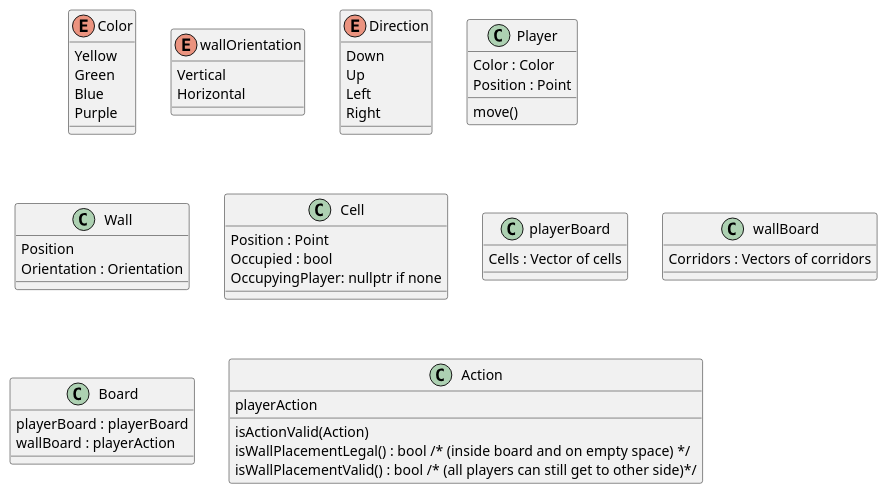
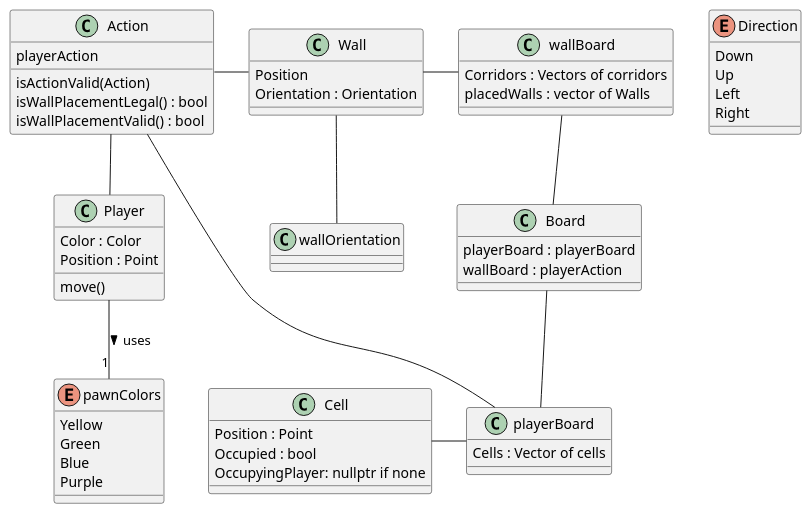
One commit to fnieri/Quoridor changed the diagram in UML_Diagrams/GameDiagrams.pu. Above: the diagram before and after it, drawn with PlantUML.

Commit message:
work on uml diagrams

```diff
--- a/UML_Diagrams/GameDiagrams.pu
+++ b/UML_Diagrams/GameDiagrams.pu
@@ -1,73 +1,91 @@
 @startuml GameDiagrams
 
-enum Color {
+enum pawnColors {
     'Fields
         Yellow
         Green
         Blue
         Purple
 }
 
+
+/' Class is useless I think
 enum wallOrientation {
     'Fields
         Vertical
         Horizontal
+    
 }
+'/
+
 
 enum Direction {
     'Fields
         Down
         Up
         Left
         Right
 }
 
 class Player{
     'Fields
         Color : Color
         Position : Point
     'Methods
         move()
     
 }
 class Wall{
     'Fields
         Position
         Orientation : Orientation
     'Methods
 }
 
 class Cell{
     'Fields
         Position : Point
         Occupied : bool
         OccupyingPlayer: nullptr if none
 }
 
 class playerBoard {
     'Fields
         Cells : Vector of cells   
 } 
 
 class wallBoard {
     'Fields
         Corridors : Vectors of corridors
+        placedWalls : vector of Walls
 }
 
 class Board{
     'Fields
         playerBoard : playerBoard
         wallBoard : playerAction
 }
 
 class Action  {
     'Fields
         playerAction
     'Methods
         isActionValid(Action)  
-        isWallPlacementLegal() : bool /* (inside board and on empty space) */
-        isWallPlacementValid() : bool /* (all players can still get to other side)*/
+        isWallPlacementLegal() : bool /' (inside board and on empty space) '/
+        isWallPlacementValid() : bool /' (all players can still get to other side)'/
 
 }
 
+
+Cell - playerBoard
+playerBoard -u- Board
+wallBoard -d- Board
+wallOrientation -u- Wall
+Wall - wallBoard
+Player -u- Action
+Action - playerBoard
+Action- Wall
+Player -d- "1" pawnColors : > uses
+
+
 @enduml
```
